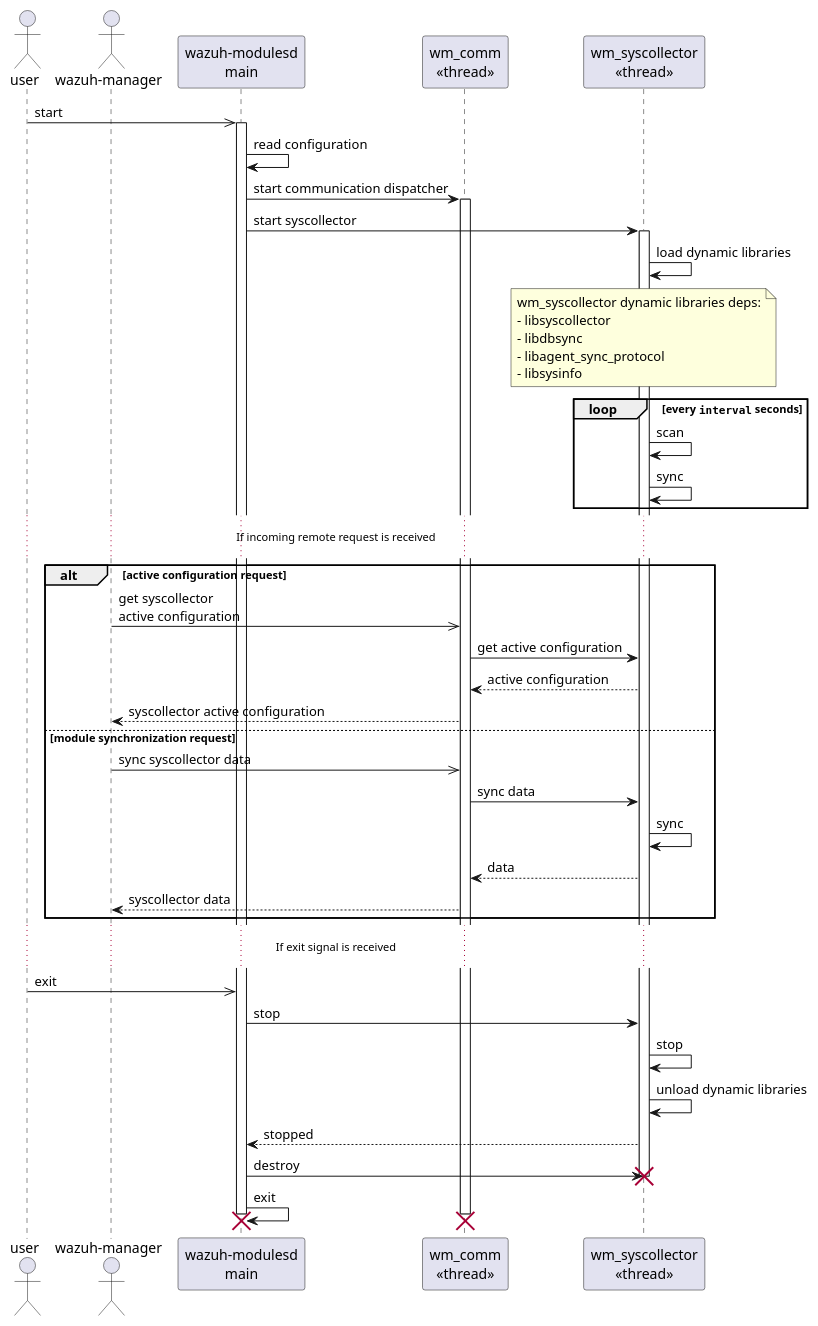
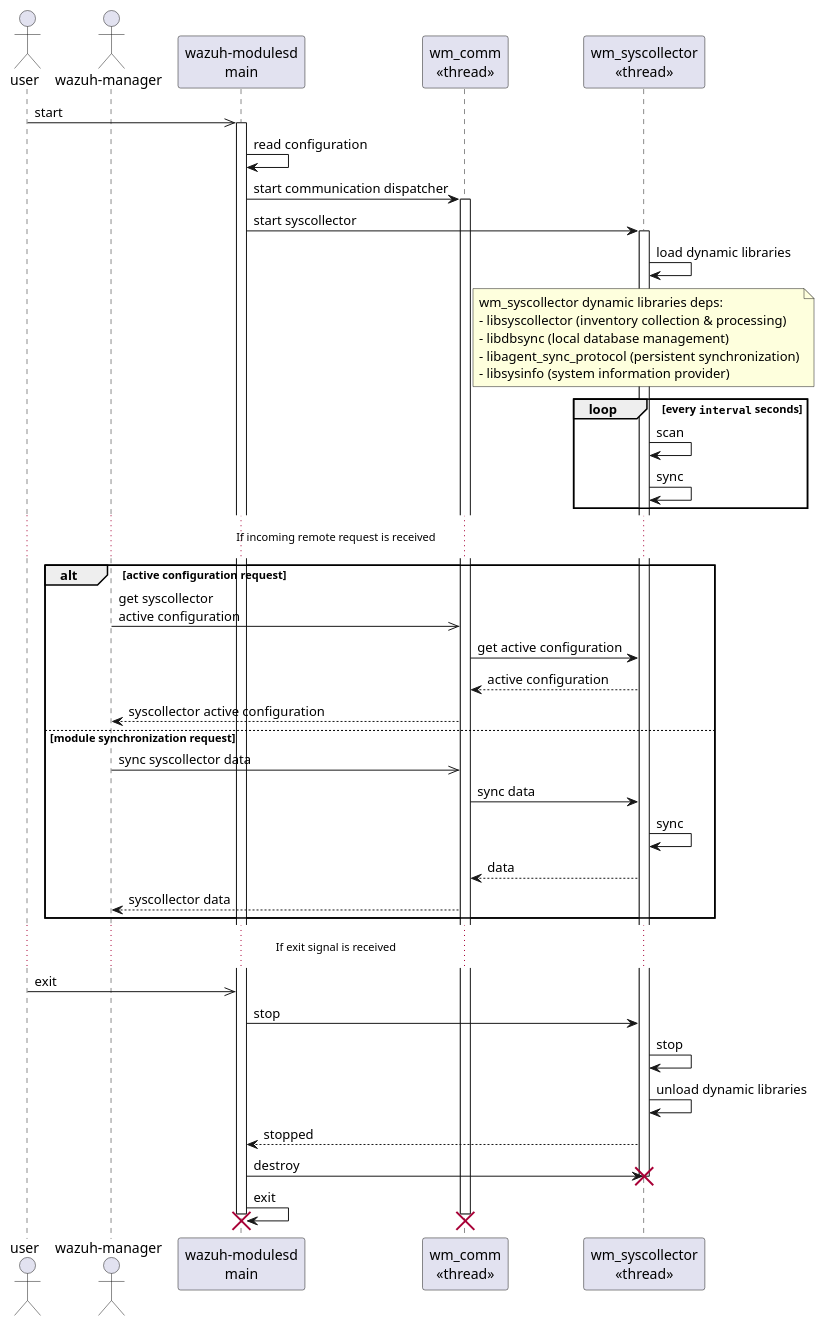
One commit to wazuh/wazuh changed the diagram in architecture/syscollector/001-sequence-wm-syscollector.puml. Above: the diagram before and after it, drawn with PlantUML. The commit also changed 7 other files, not shown here.

```diff
--- a/architecture/syscollector/001-sequence-wm-syscollector.puml
+++ b/architecture/syscollector/001-sequence-wm-syscollector.puml
@@ -5,50 +5,50 @@
 @startuml wm-syscollector
 
 actor user
 actor "wazuh-manager" as manager
 participant "wazuh-modulesd\nmain" as main
 participant "wm_comm\n<<thread>>" as comm
 participant "wm_syscollector\n<<thread>>" as wm_syscollector
 
 
 user ->> main++: start
 main -> main: read configuration
 main -> comm++: start communication dispatcher
 main -> wm_syscollector++: start syscollector
 wm_syscollector -> wm_syscollector: load dynamic libraries
 note over wm_syscollector
     wm_syscollector dynamic libraries deps:
-    - libsyscollector
-    - libdbsync
-    - libagent_sync_protocol
-    - libsysinfo
+    - libsyscollector (inventory collection & processing)
+    - libdbsync (local database management)
+    - libagent_sync_protocol (persistent synchronization)
+    - libsysinfo (system information provider)
 end note
 loop every ""interval"" seconds
     wm_syscollector -> wm_syscollector: scan
     wm_syscollector -> wm_syscollector: sync
 end
 ... If incoming remote request is received ...
 alt active configuration request
     manager ->> comm: get syscollector\nactive configuration
     comm -> wm_syscollector: get active configuration
     comm <-- wm_syscollector: active configuration
     manager <-- comm: syscollector active configuration
 else module synchronization request
     manager ->> comm: sync syscollector data
     comm -> wm_syscollector: sync data
     wm_syscollector -> wm_syscollector: sync
     comm <-- wm_syscollector: data
     manager <-- comm: syscollector data
 end
 ... If exit signal is received ...
 
 user ->> main: exit
 main -> wm_syscollector: stop
 wm_syscollector -> wm_syscollector: stop
 wm_syscollector -> wm_syscollector: unload dynamic libraries
 main <-- wm_syscollector: stopped
 main -> wm_syscollector!!: destroy
 main -> main!!:exit
 destroy comm
 
 @enduml
```
